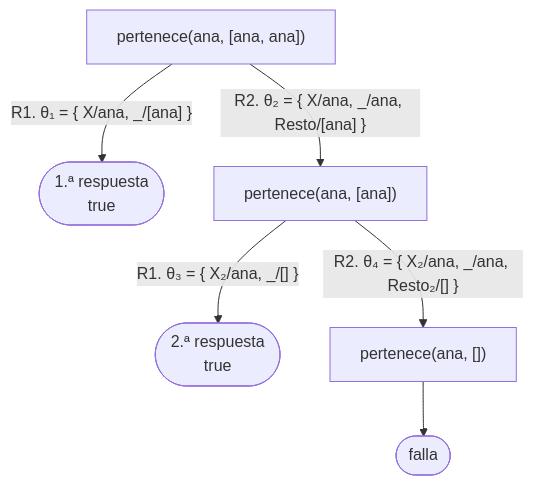
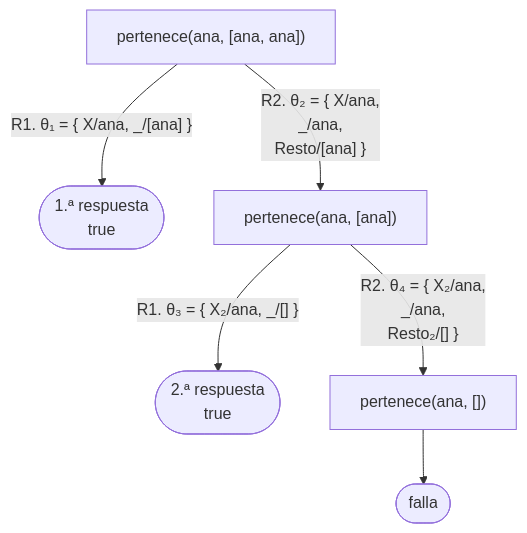
Before and after one commit to CesarBallardini/curso-de-prolog: the second of 10 diagrams in docs/capitulo-07-listas/index.md, drawn with Mermaid. The commit also changed other lines of this file and 24 other files, not shown here.

First line of the commit message:
feat(docs): botones para ocultar las columnas laterales y etiquetas cortas en los diagramas

````diff
--- a/docs/capitulo-07-listas/index.md
+++ b/docs/capitulo-07-listas/index.md
@@ -162,8 +162,8 @@
 ```mermaid
 flowchart TD
     A["pertenece(ana, [ana, ana])"] -- "R1. θ₁ = {&nbsp;X/ana, _/[ana]&nbsp;}" --> S1(["1.ª respuesta<br/>true"])
-    A -- "R2. θ₂ = {&nbsp;X/ana, _/ana, Resto/[ana]&nbsp;}" --> B["pertenece(ana, [ana])"]
+    A -- "R2. θ₂ = {&nbsp;X/ana,<br/>_/ana,<br/>Resto/[ana]&nbsp;}" --> B["pertenece(ana, [ana])"]
     B -- "R1. θ₃ = {&nbsp;X₂/ana, _/[]&nbsp;}" --> S2(["2.ª respuesta<br/>true"])
-    B -- "R2. θ₄ = {&nbsp;X₂/ana, _/ana, Resto₂/[]&nbsp;}" --> C["pertenece(ana, [])"]
+    B -- "R2. θ₄ = {&nbsp;X₂/ana,<br/>_/ana,<br/>Resto₂/[]&nbsp;}" --> C["pertenece(ana, [])"]
     C --> F(["falla"])
 ```
````
